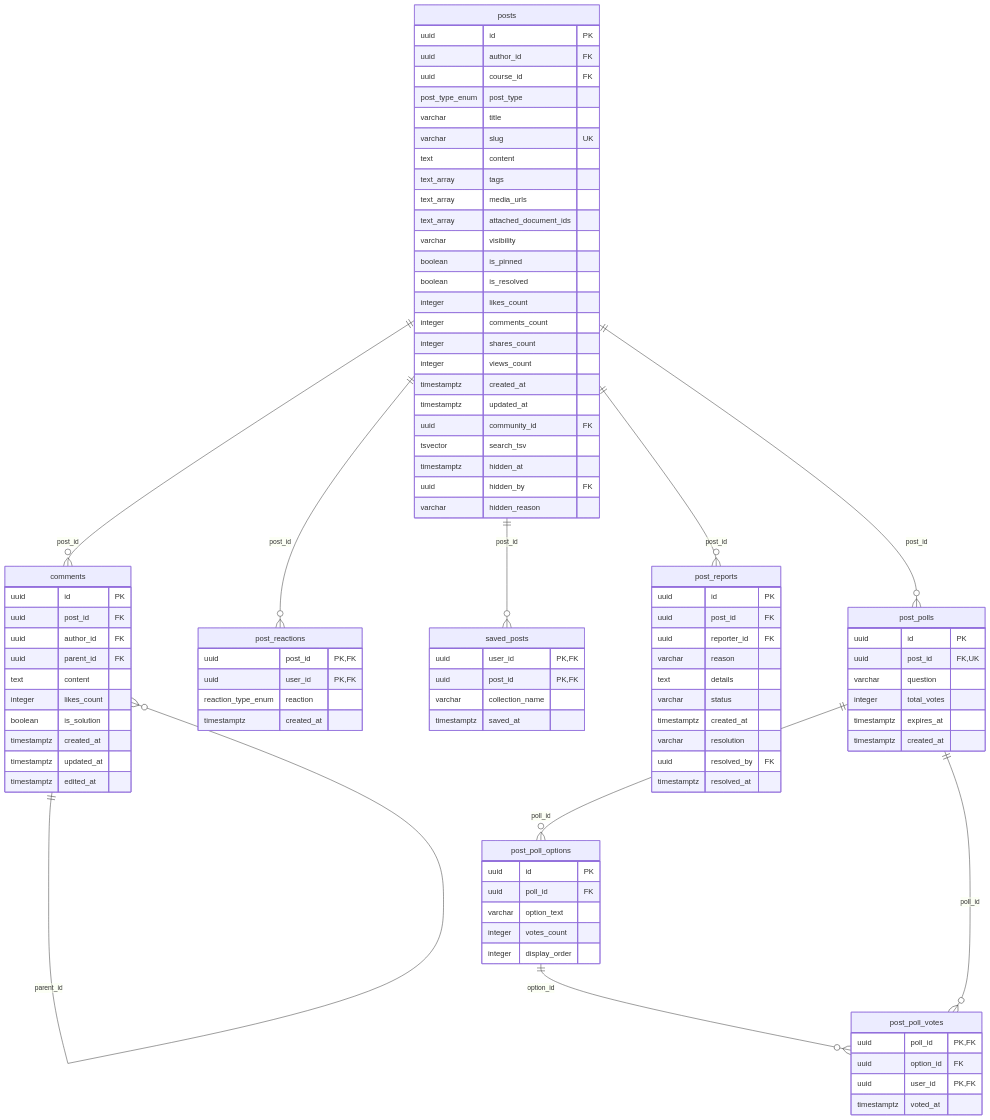
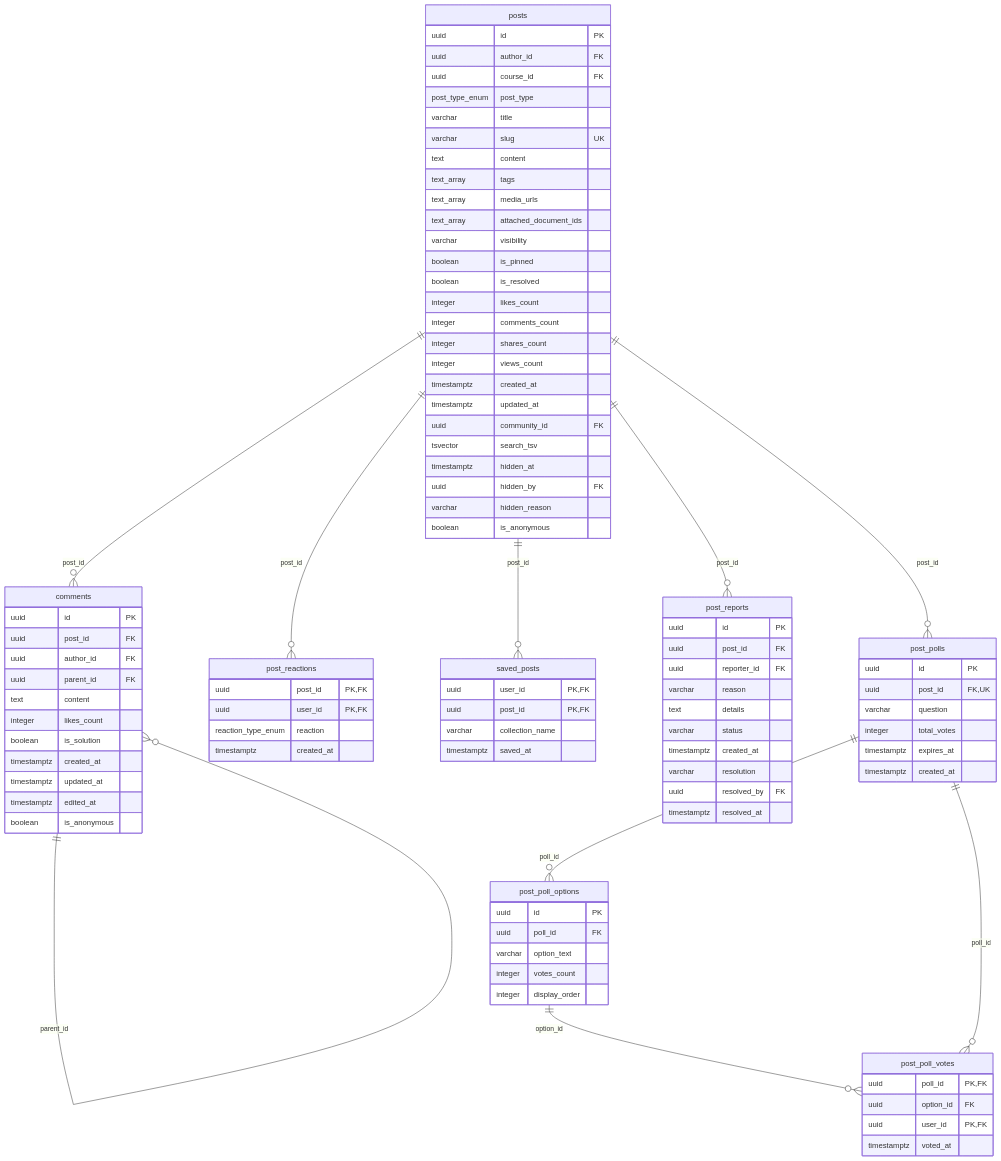
The third of 7 diagrams in docs/diagrams/04-erd.md (nhatcoi/pu-connect), drawn with Mermaid before and after one commit. The commit also changed other lines of this file and 3 other files, not shown here.

```diff
--- a/docs/diagrams/04-erd.md
+++ b/docs/diagrams/04-erd.md
@@ -245,6 +245,7 @@
     timestamptz hidden_at
     uuid hidden_by FK
     varchar hidden_reason
+    boolean is_anonymous
   }
   comments {
     uuid id PK
@@ -257,6 +258,7 @@
     timestamptz created_at
     timestamptz updated_at
     timestamptz edited_at
+    boolean is_anonymous
   }
   post_reactions {
     uuid post_id PK,FK
```
